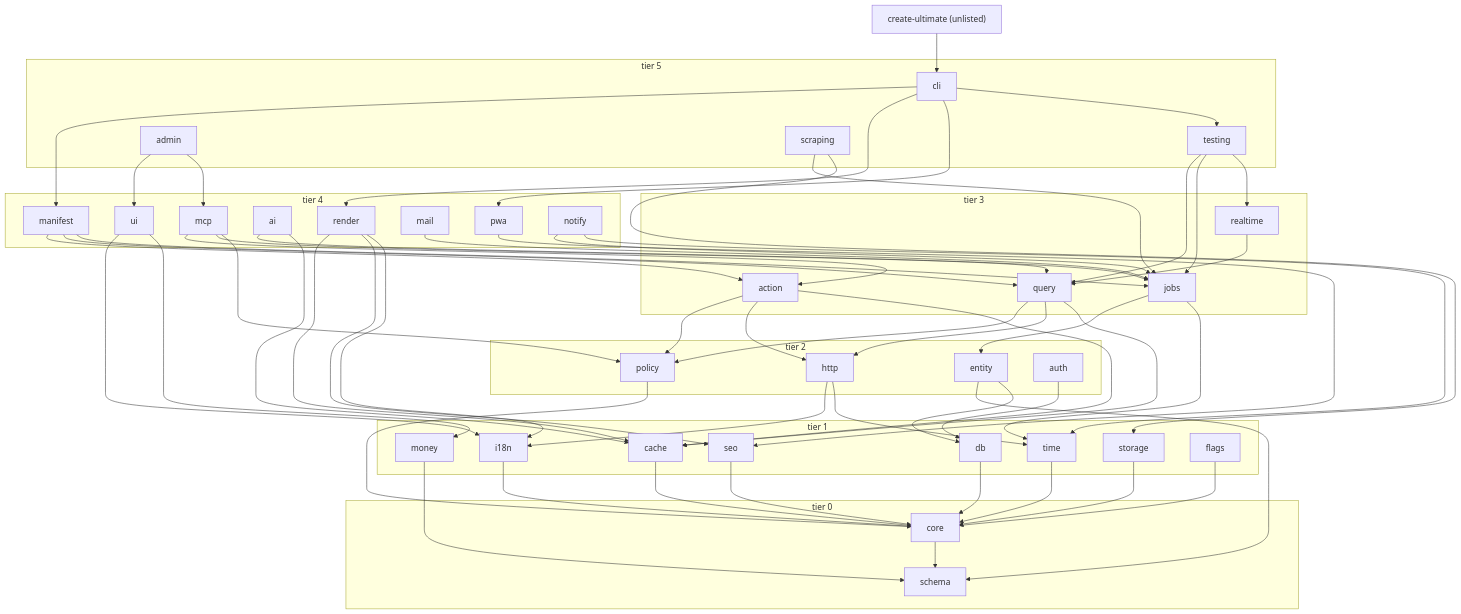
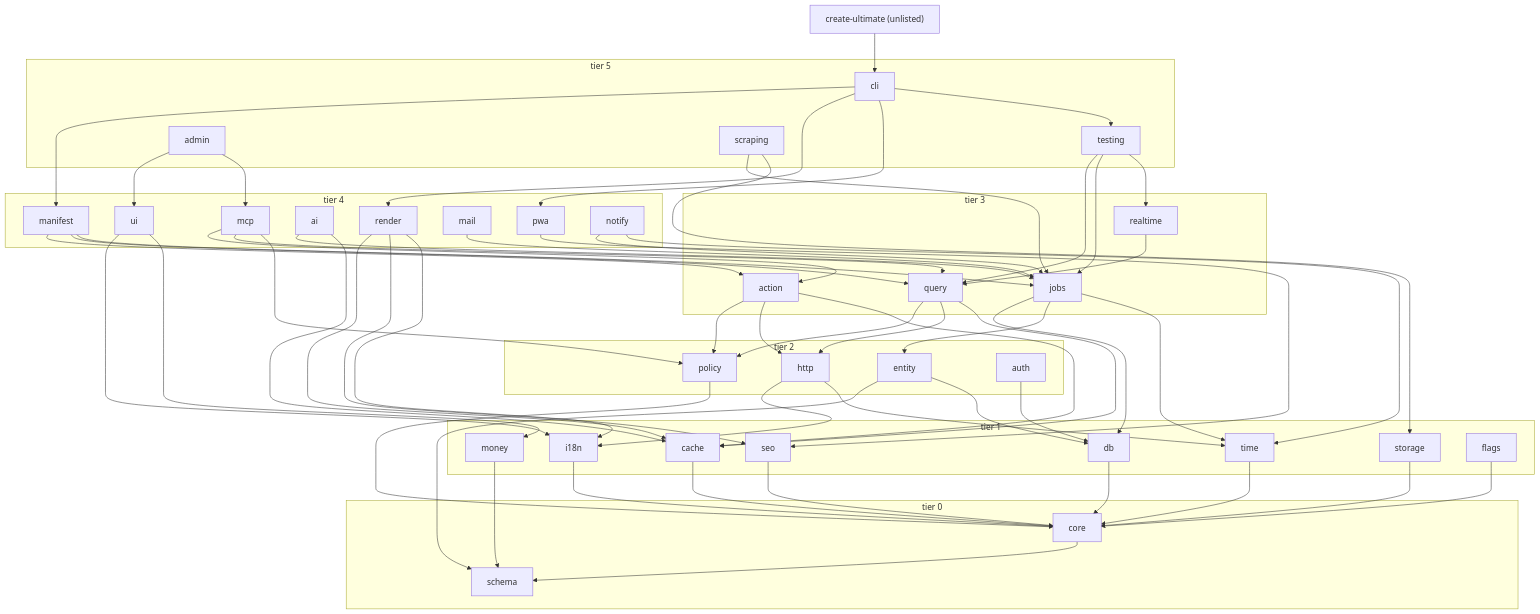
One commit to developerz-ai/ultimate changed the diagram in docs/architecture/01-package-map.md. Above: the diagram before and after it, drawn with Mermaid. The commit also changed 26 other files, not shown here.

```diff
--- a/docs/architecture/01-package-map.md
+++ b/docs/architecture/01-package-map.md
@@ -167,6 +167,7 @@
   query --> policy
   query --> http
   query --> cache
+  jobs --> db
   jobs --> entity
   jobs --> time
   realtime --> query
```
